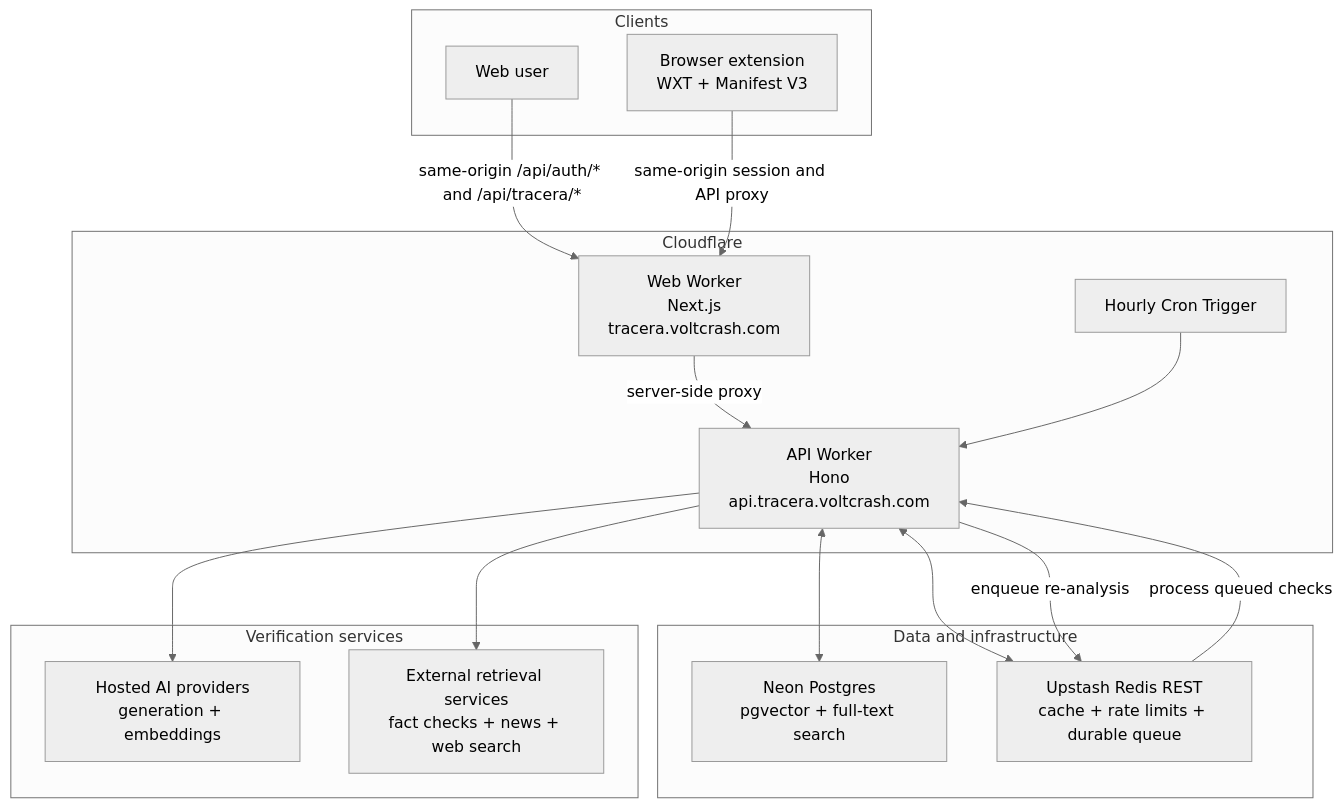
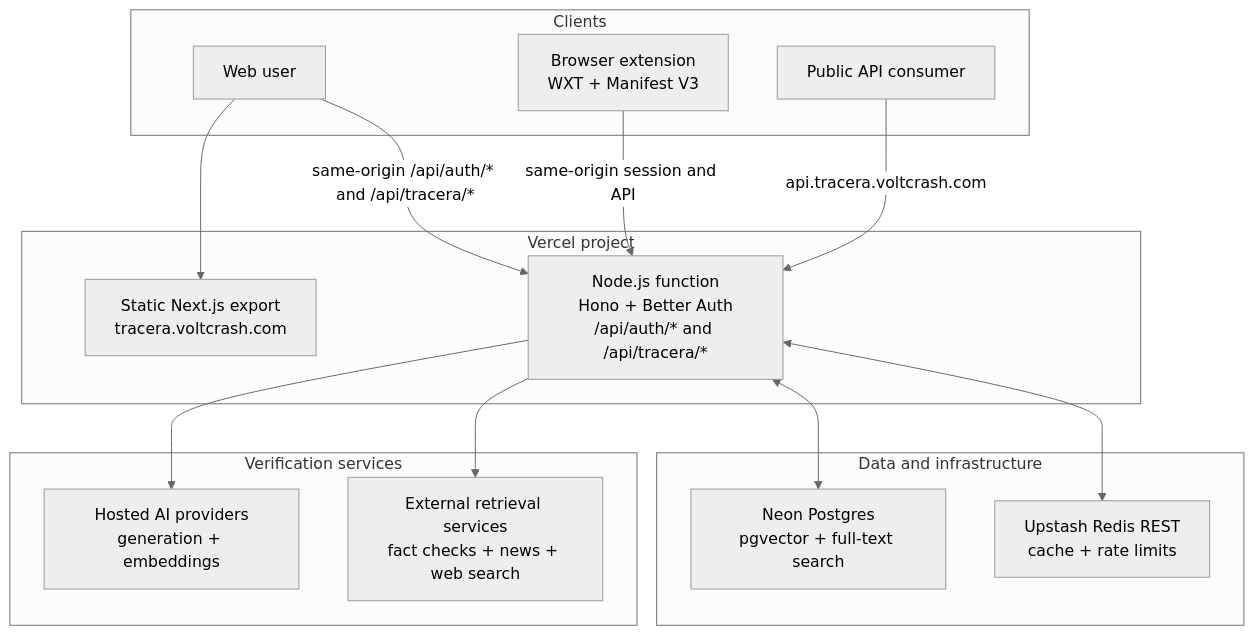
Before and after one commit to voltcrash/tracera: the diagram in README.md, drawn with Mermaid (neutral theme). The commit also changed other lines of this file and 1 other file, not shown here.

Commit message:
docs: describe the single Vercel deployment

````diff
--- a/README.md
+++ b/README.md
@@ -62,35 +64,32 @@
 ```mermaid
 flowchart TB
     subgraph Clients
         User["Web user"]
         Extension["Browser extension<br/>WXT + Manifest V3"]
+        Consumer["Public API consumer"]
     end
 
-    subgraph Cloudflare["Cloudflare"]
-        Web["Web Worker<br/>Next.js<br/>tracera.voltcrash.com"]
-        API["API Worker<br/>Hono<br/>api.tracera.voltcrash.com"]
-        Cron["Hourly Cron Trigger"]
+    subgraph Vercel["Vercel project"]
+        Static["Static Next.js export<br/>tracera.voltcrash.com"]
+        Fn["Node.js function<br/>Hono + Better Auth<br/>/api/auth/* and /api/tracera/*"]
     end
 
     subgraph Data["Data and infrastructure"]
         Neon["Neon Postgres<br/>pgvector + full-text search"]
-        Upstash["Upstash Redis REST<br/>cache + rate limits + durable queue"]
+        Upstash["Upstash Redis REST<br/>cache + rate limits"]
     end
 
     subgraph Intelligence["Verification services"]
         AI["Hosted AI providers<br/>generation + embeddings"]
         Retrieval["External retrieval services<br/>fact checks + news + web search"]
     end
 
-    User -->|same-origin /api/auth/* and /api/tracera/*| Web
-    Extension -->|same-origin session and API proxy| Web
-    Web -->|server-side proxy| API
-    API <--> Neon
-    API <--> Upstash
-    API --> AI
-    API --> Retrieval
-
-    Cron --> API
-    API -->|enqueue re-analysis| Upstash
-    Upstash -->|process queued checks| API
+    User --> Static
+    User -->|same-origin /api/auth/* and /api/tracera/*| Fn
+    Extension -->|same-origin session and API| Fn
+    Consumer -->|api.tracera.voltcrash.com| Fn
+    Fn <--> Neon
+    Fn <--> Upstash
+    Fn --> AI
+    Fn --> Retrieval
 ```
````
